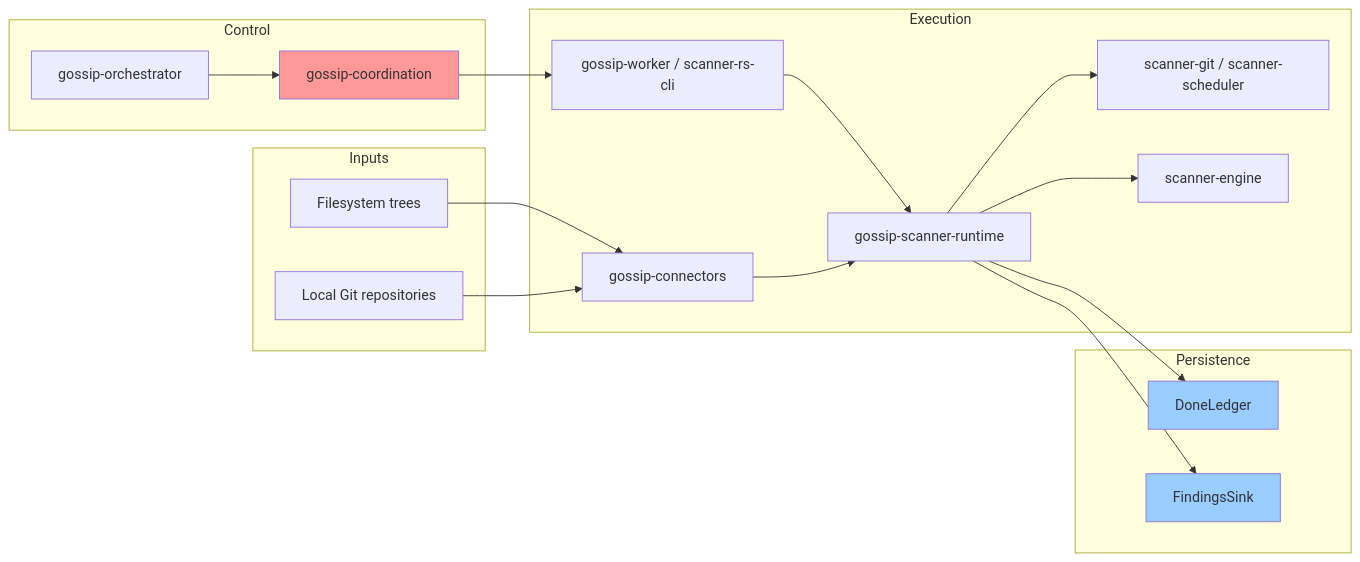
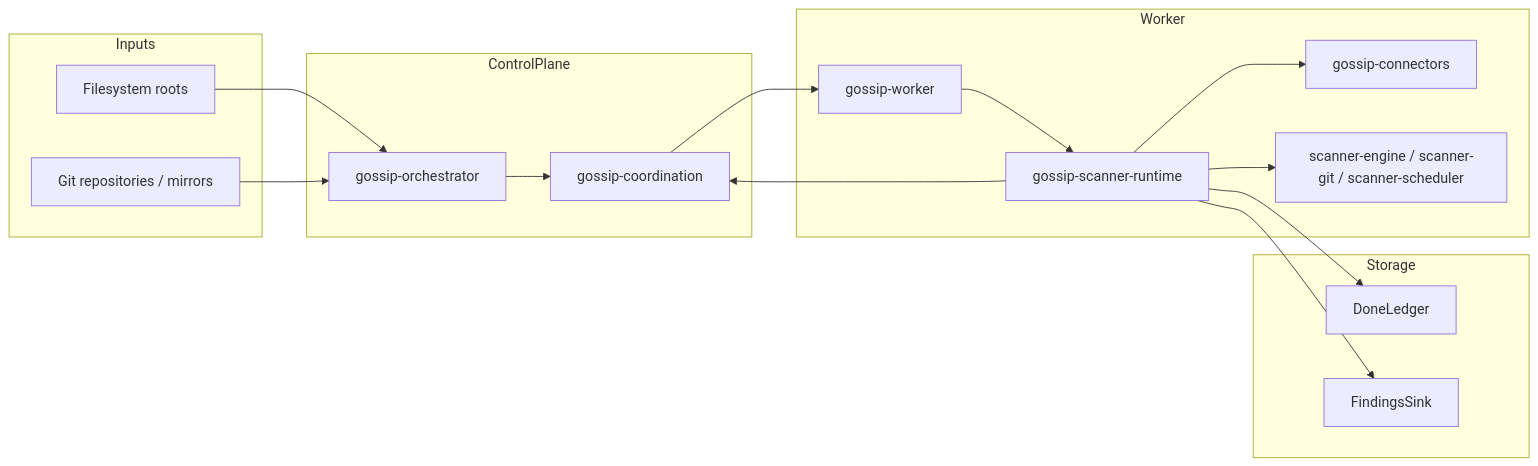
Before and after one commit to ahrav/gossip-rs-learning-guide: the diagram in 00-prologue/01-what-problem-are-we-solving.md, drawn with Mermaid. The commit also changed other lines of this file and 2 other files, not shown here.

````diff
--- a/00-prologue/01-what-problem-are-we-solving.md
+++ b/00-prologue/01-what-problem-are-we-solving.md
@@ -93,40 +98,35 @@
 ```mermaid
 graph LR
     subgraph Inputs
-        FS[Filesystem trees]
-        GR[Local Git repositories]
+        FS[Filesystem roots]
+        GR[Git repositories / mirrors]
     end
 
-    subgraph Control
+    subgraph ControlPlane
         OR[gossip-orchestrator]
         CO[gossip-coordination]
     end
 
-    subgraph Execution
-        WK[gossip-worker / scanner-rs-cli]
+    subgraph Worker
+        WR[gossip-worker]
         RT[gossip-scanner-runtime]
         CN[gossip-connectors]
-        SG[scanner-git / scanner-scheduler]
-        SE[scanner-engine]
+        EN[scanner-engine / scanner-git / scanner-scheduler]
     end
 
-    subgraph Persistence
+    subgraph Storage
         DL[DoneLedger]
         FI[FindingsSink]
     end
 
-    FS --> CN
-    GR --> CN
+    FS --> OR
+    GR --> OR
     OR --> CO
-    CO --> WK
-    WK --> RT
-    CN --> RT
-    RT --> SG
-    RT --> SE
+    CO --> WR
+    WR --> RT
+    RT --> CN
+    RT --> EN
     RT --> DL
     RT --> FI
-
-    style CO fill:#ff9999
-    style DL fill:#99ccff
-    style FI fill:#99ccff
+    RT --> CO
 ```
````
